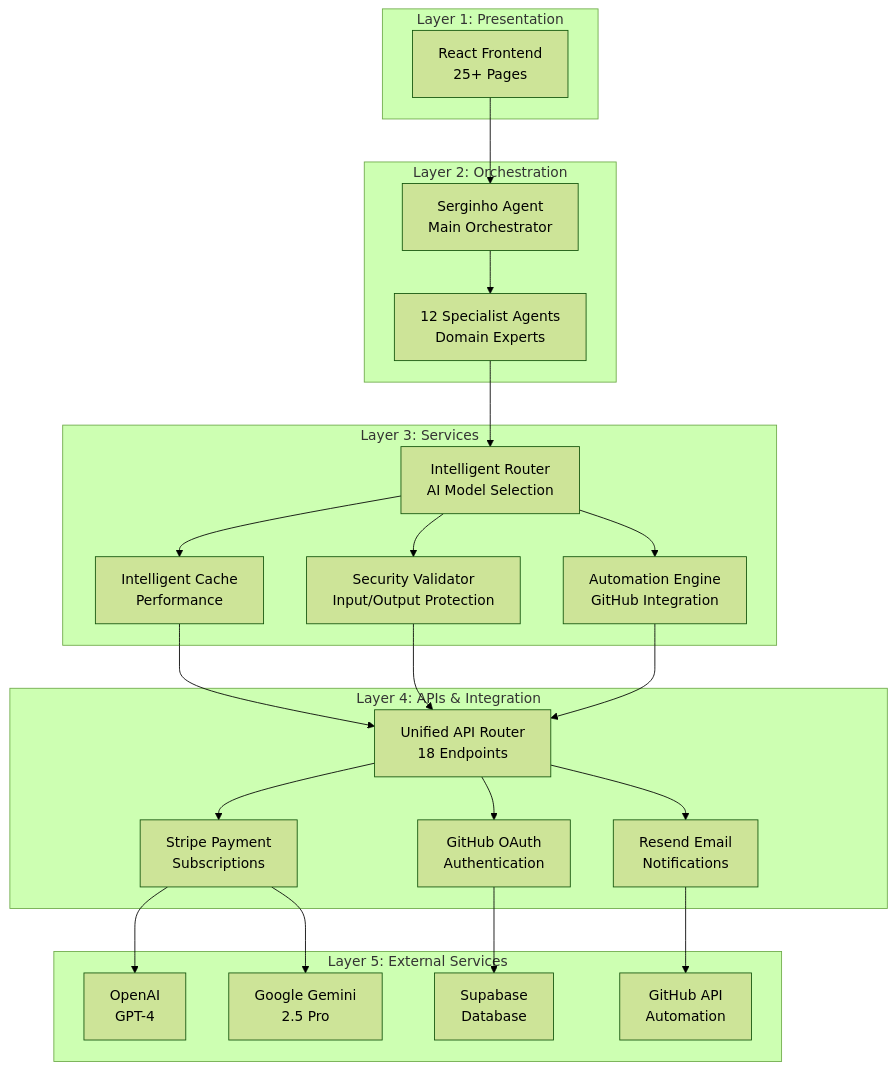
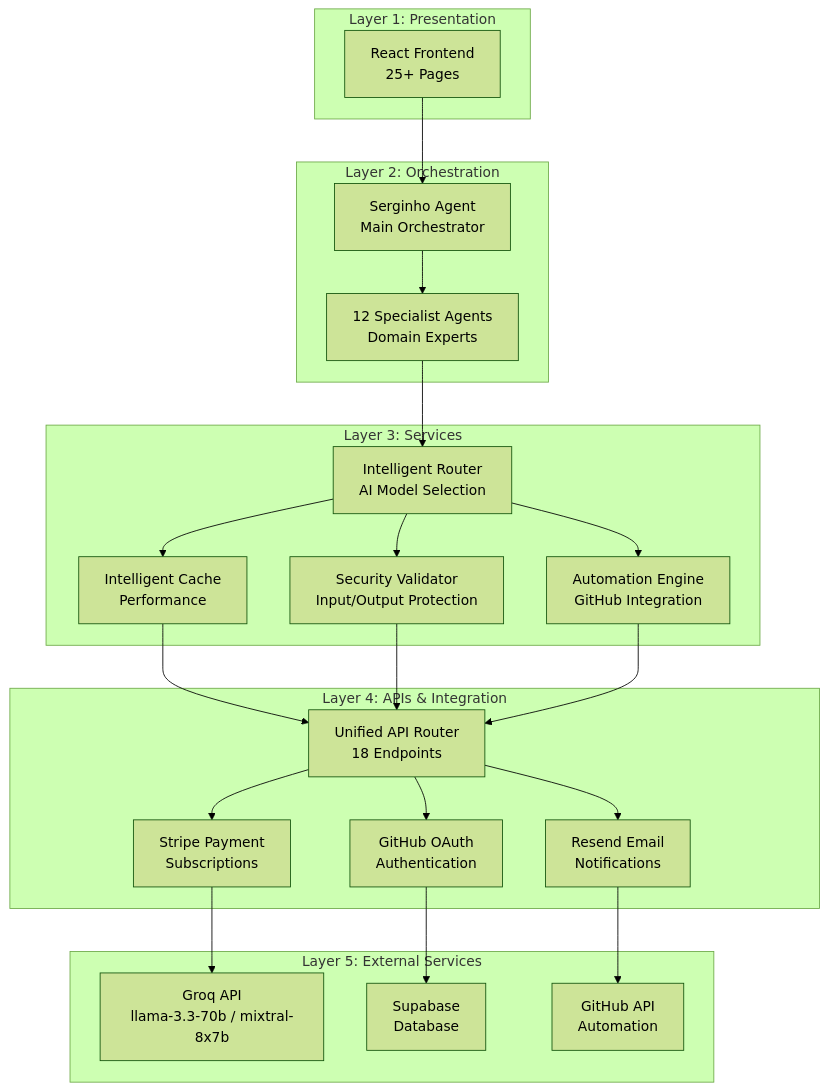
Before and after one commit to kizirianmax/rkmmax-hibrido: the diagram in README.md, drawn with Mermaid (forest theme). The commit also changed other lines of this file and 4 other files, not shown here.

````diff
--- a/README.md
+++ b/README.md
@@ -55,49 +54,47 @@
 ```mermaid
 graph TB
     subgraph "Layer 1: Presentation"
         UI[React Frontend<br/>25+ Pages]
     end
     
     subgraph "Layer 2: Orchestration"
         SERGINHO[Serginho Agent<br/>Main Orchestrator]
         SPECIALISTS[12 Specialist Agents<br/>Domain Experts]
     end
     
     subgraph "Layer 3: Services"
         ROUTER[Intelligent Router<br/>AI Model Selection]
         CACHE[Intelligent Cache<br/>Performance]
         SECURITY[Security Validator<br/>Input/Output Protection]
         AUTOMATION[Automation Engine<br/>GitHub Integration]
     end
     
     subgraph "Layer 4: APIs & Integration"
         API[Unified API Router<br/>18 Endpoints]
         PAYMENT[Stripe Payment<br/>Subscriptions]
         AUTH[GitHub OAuth<br/>Authentication]
         EMAIL[Resend Email<br/>Notifications]
     end
     
     subgraph "Layer 5: External Services"
-        OPENAI[OpenAI<br/>GPT-4]
-        GEMINI[Google Gemini<br/>2.5 Pro]
+        GROQ[Groq API<br/>llama-3.3-70b / mixtral-8x7b]
         SUPABASE[Supabase<br/>Database]
         GITHUB[GitHub API<br/>Automation]
     end
     
     UI --> SERGINHO
     SERGINHO --> SPECIALISTS
     SPECIALISTS --> ROUTER
     ROUTER --> CACHE
     ROUTER --> SECURITY
     ROUTER --> AUTOMATION
     CACHE --> API
     SECURITY --> API
     AUTOMATION --> API
     API --> PAYMENT
     API --> AUTH
     API --> EMAIL
-    PAYMENT --> OPENAI
-    PAYMENT --> GEMINI
+    PAYMENT --> GROQ
     AUTH --> SUPABASE
     EMAIL --> GITHUB
 ```
````
